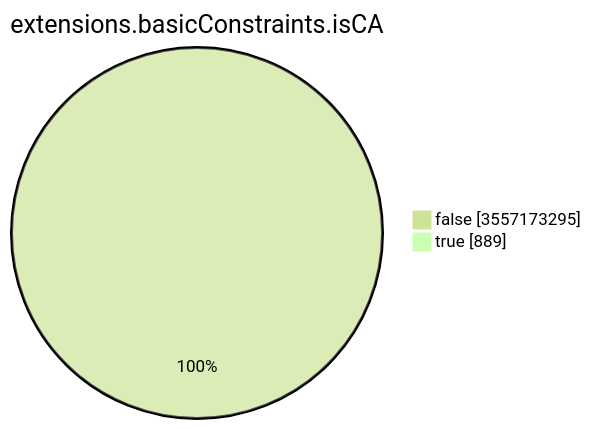
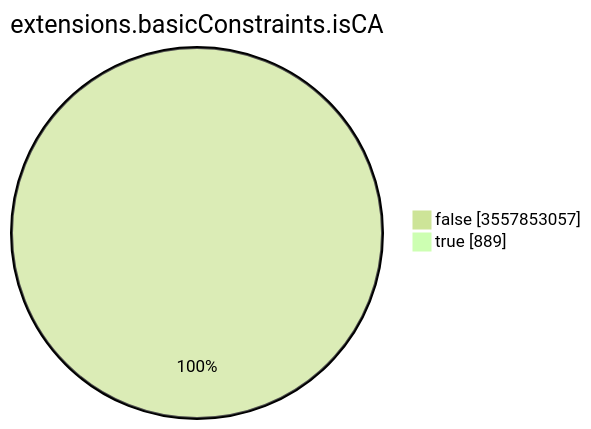
Before and after one commit to christiankrug/ctmonitor_visualization: the seventh of 15 diagrams in TOTAL/README.md, drawn with Mermaid (forest theme). The commit also changed other lines of this file, not shown here.

````diff
--- a/TOTAL/README.md
+++ b/TOTAL/README.md
@@ -3094,6 +3094,6 @@
 ```mermaid
 pie showData
 title extensions.basicConstraints.isCA
-"false" :3557173295
+"false" :3557853057
 "true" :889
 ```
````
